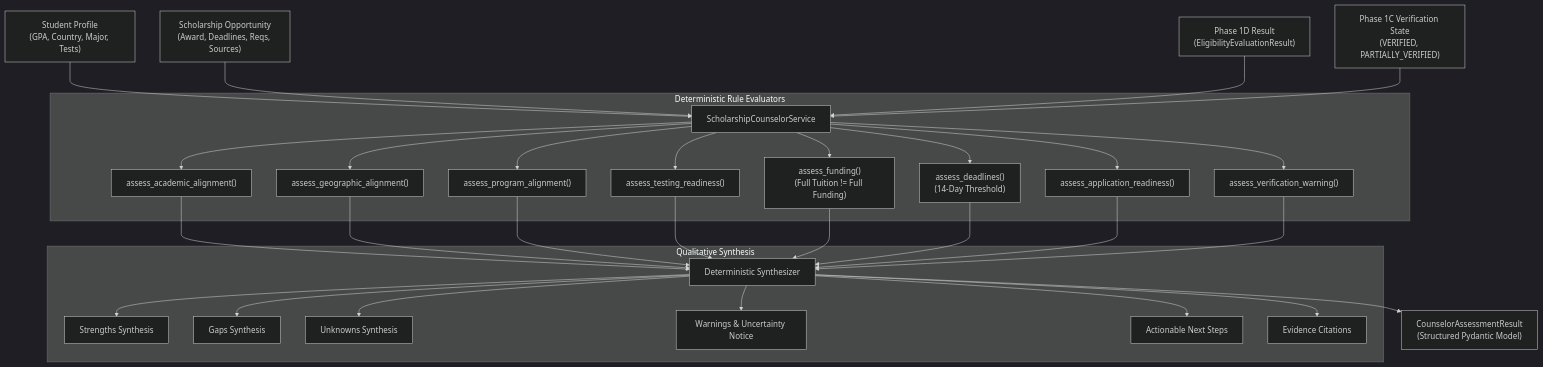
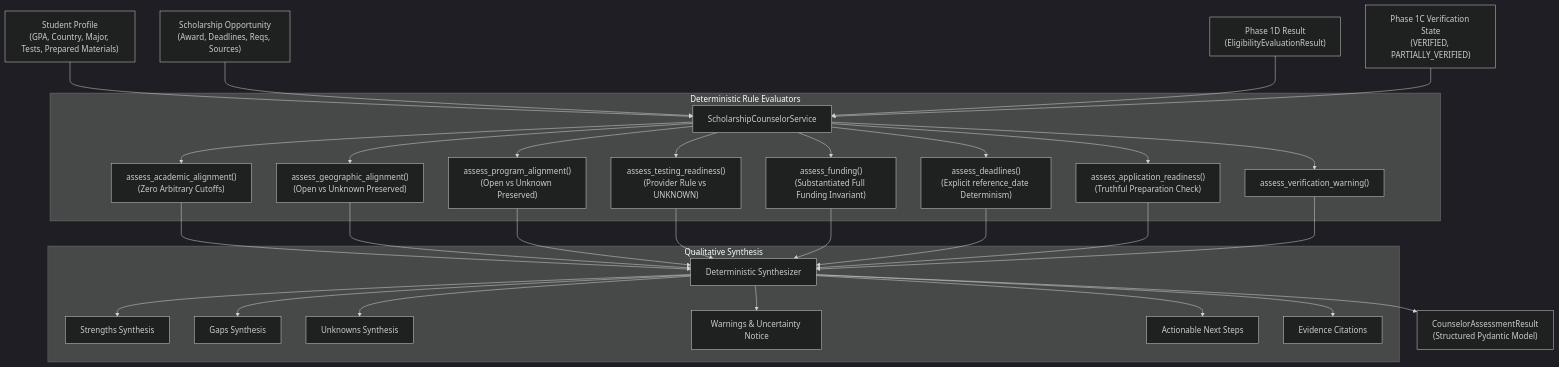
The diagram in docs/phase-1/phase-1e-report.md (ezekiyastsegaye123-cmyk/scholarship_project), drawn with Mermaid (dark theme) before and after one commit. The commit also changed other lines of this file and 5 other files, not shown here.

Commit message:
fix(phase-1e): eliminate arbitrary thresholds, enforce substantiated full funding, and restore epistemic UNKNOWN semantics

````diff
--- a/docs/phase-1/phase-1e-report.md
+++ b/docs/phase-1/phase-1e-report.md
@@ -37,30 +39,30 @@
 ```mermaid
 flowchart TD
-    SP["Student Profile<br/>(GPA, Country, Major, Tests)"] --> CS["ScholarshipCounselorService"]
+    SP["Student Profile<br/>(GPA, Country, Major, Tests, Prepared Materials)"] --> CS["ScholarshipCounselorService"]
     OP["Scholarship Opportunity<br/>(Award, Deadlines, Reqs, Sources)"] --> CS
     EE["Phase 1D Result<br/>(EligibilityEvaluationResult)"] --> CS
     VS["Phase 1C Verification State<br/>(VERIFIED, PARTIALLY_VERIFIED)"] --> CS
 
     subgraph "Deterministic Rule Evaluators"
-        CS --> AR["assess_academic_alignment()"]
-        CS --> GR["assess_geographic_alignment()"]
-        CS --> PR["assess_program_alignment()"]
-        CS --> TR["assess_testing_readiness()"]
-        CS --> FR["assess_funding()<br/>(Full Tuition != Full Funding)"]
-        CS --> DR["assess_deadlines()<br/>(14-Day Threshold)"]
-        CS --> AP["assess_application_readiness()"]
+        CS --> AR["assess_academic_alignment()<br/>(Zero Arbitrary Cutoffs)"]
+        CS --> GR["assess_geographic_alignment()<br/>(Open vs Unknown Preserved)"]
+        CS --> PR["assess_program_alignment()<br/>(Open vs Unknown Preserved)"]
+        CS --> TR["assess_testing_readiness()<br/>(Provider Rule vs UNKNOWN)"]
+        CS --> FR["assess_funding()<br/>(Substantiated Full Funding Invariant)"]
+        CS --> DR["assess_deadlines()<br/>(Explicit reference_date Determinism)"]
+        CS --> AP["assess_application_readiness()<br/>(Truthful Preparation Check)"]
         CS --> VR["assess_verification_warning()"]
     end
 
     subgraph "Qualitative Synthesis"
         AR & GR & PR & TR & FR & DR & AP & VR --> SYN["Deterministic Synthesizer"]
         SYN --> ST["Strengths Synthesis"]
         SYN --> GP["Gaps Synthesis"]
         SYN --> UN["Unknowns Synthesis"]
         SYN --> WR["Warnings & Uncertainty Notice"]
         SYN --> NX["Actionable Next Steps"]
         SYN --> EV["Evidence Citations"]
     end
 
     SYN --> OUT["CounselorAssessmentResult<br/>(Structured Pydantic Model)"]
 ```
````
